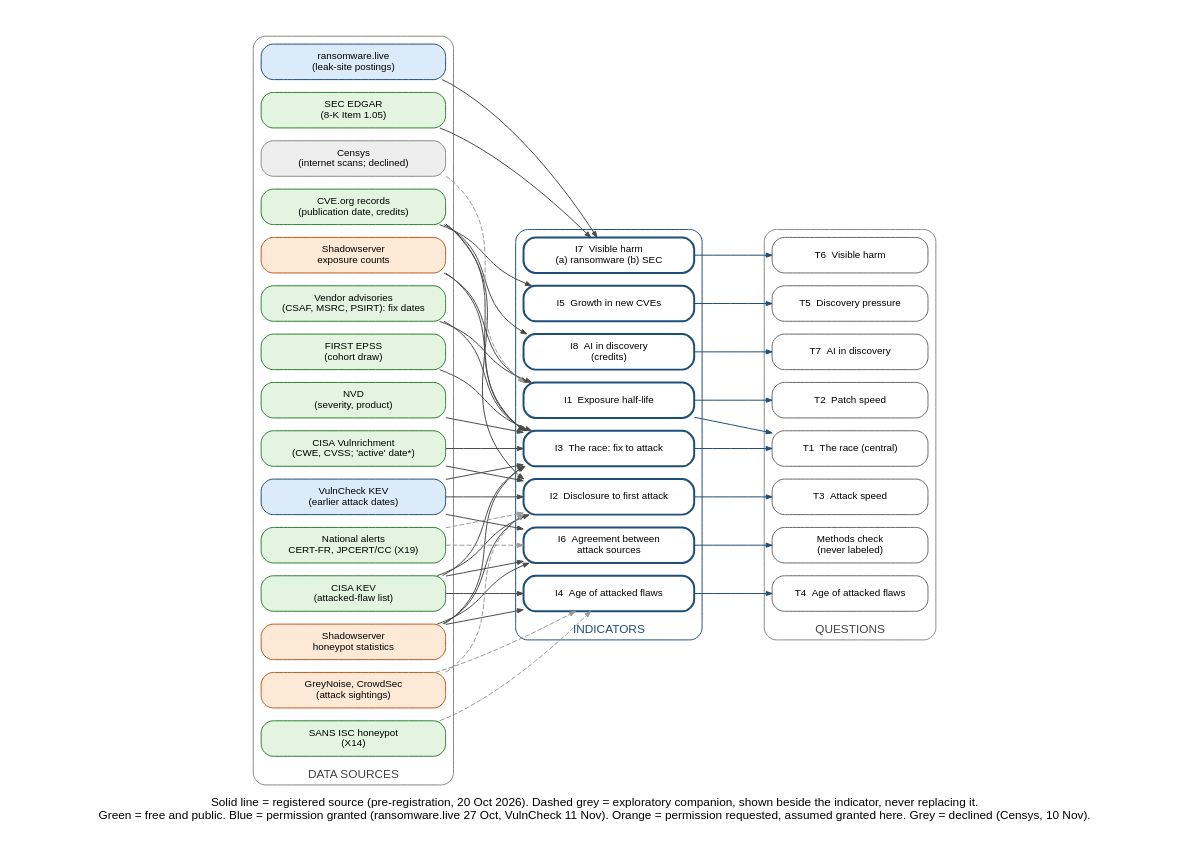
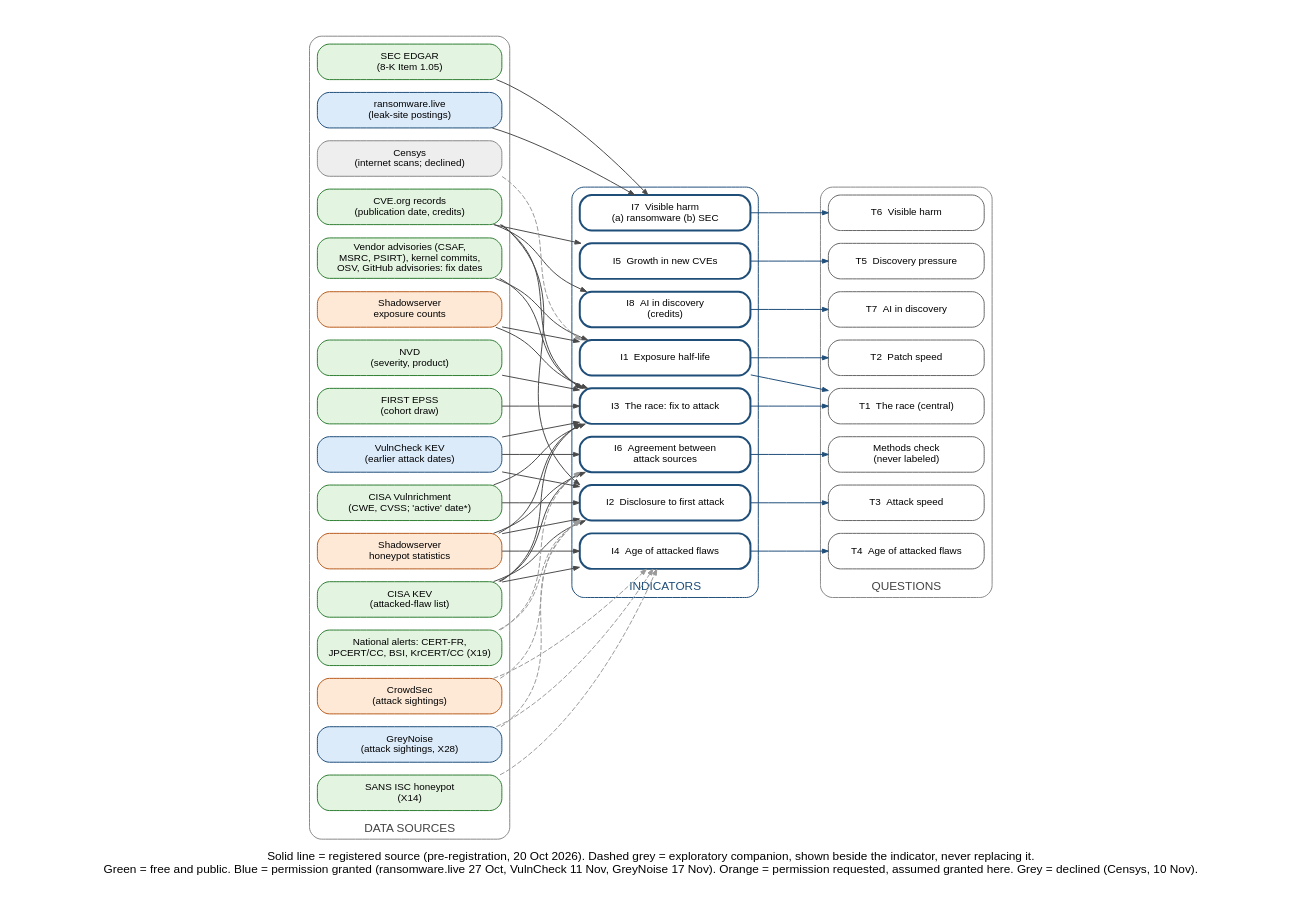
One commit to pagagne/internet-security-snapshot changed the diagram in docs/diagrams/indicator_sources.dot. Above: the diagram before and after it, drawn with Graphviz. The commit also changed 9 other files, not shown here.

First line of the commit message:
Diagrams brought up to date: architecture (APNIC, GreyNoise, row-count hold, report pages, website), workflows, indicator sources, build plan; data-flow text; all re-stamped

```diff
--- a/docs/diagrams/indicator_sources.dot
+++ b/docs/diagrams/indicator_sources.dot
@@ -1,71 +1,72 @@
 // Indicators I1-I8 and the data that feeds them, assuming every permission request is granted
 // (author's request, 29 Oct 2026). Registered sources: prereg/PREREGISTRATION.md sections 6 and 8.
 // Render: dot -Tpng -Gdpi=150 docs/diagrams/indicator_sources.dot -o docs/diagrams/indicator_sources.png
 digraph indicators {
   graph [rankdir=LR, fontname="Helvetica", fontsize=12, nodesep=0.18, ranksep=1.1, pad=0.3, newrank=true,
-         label="Solid line = registered source (pre-registration, 20 Oct 2026). Dashed grey = exploratory companion, shown beside the indicator, never replacing it.\nGreen = free and public. Blue = permission granted (ransomware.live 27 Oct, VulnCheck 11 Nov). Orange = permission requested, assumed granted here. Grey = declined (Censys, 10 Nov).",
+         label="Solid line = registered source (pre-registration, 20 Oct 2026). Dashed grey = exploratory companion, shown beside the indicator, never replacing it.\nGreen = free and public. Blue = permission granted (ransomware.live 27 Oct, VulnCheck 11 Nov, GreyNoise 17 Nov). Orange = permission requested, assumed granted here. Grey = declined (Censys, 10 Nov).",
          labelloc=b];
   node  [fontname="Helvetica", fontsize=10, shape=box, style="rounded,filled", width=2.6];
   edge  [color="#4a4a4a", arrowsize=0.6];
 
   subgraph cluster_src {
     label="DATA SOURCES"; style="rounded"; color="#888888"; fontcolor="#444444";
     cve   [label="CVE.org records\n(publication date, credits)", fillcolor="#e3f4e1", color="#2e7d32"];
     kev   [label="CISA KEV\n(attacked-flaw list)", fillcolor="#e3f4e1", color="#2e7d32"];
     vrich [label="CISA Vulnrichment\n(CWE, CVSS; 'active' date*)", fillcolor="#e3f4e1", color="#2e7d32"];
     nvd   [label="NVD\n(severity, product)", fillcolor="#e3f4e1", color="#2e7d32"];
     epss  [label="FIRST EPSS\n(cohort draw)", fillcolor="#e3f4e1", color="#2e7d32"];
-    vend  [label="Vendor advisories\n(CSAF, MSRC, PSIRT): fix dates", fillcolor="#e3f4e1", color="#2e7d32"];
+    vend  [label="Vendor advisories (CSAF,\nMSRC, PSIRT), kernel commits,\nOSV, GitHub advisories: fix dates", fillcolor="#e3f4e1", color="#2e7d32"];
     sec   [label="SEC EDGAR\n(8-K Item 1.05)", fillcolor="#e3f4e1", color="#2e7d32"];
     rlive [label="ransomware.live\n(leak-site postings)", fillcolor="#dcebfa", color="#1f4e79"];
     vchk  [label="VulnCheck KEV\n(earlier attack dates)", fillcolor="#dcebfa", color="#1f4e79"];
     ssexp [label="Shadowserver\nexposure counts", fillcolor="#fde9d6", color="#b85c1e"];
     sshp  [label="Shadowserver\nhoneypot statistics", fillcolor="#fde9d6", color="#b85c1e"];
     cens  [label="Censys\n(internet scans; declined)", fillcolor="#eeeeee", color="#888888"];
-    gncs  [label="GreyNoise, CrowdSec\n(attack sightings)", fillcolor="#fde9d6", color="#b85c1e"];
+    gn    [label="GreyNoise\n(attack sightings, X28)", fillcolor="#dcebfa", color="#1f4e79"];
+    crowd [label="CrowdSec\n(attack sightings)", fillcolor="#fde9d6", color="#b85c1e"];
     isc   [label="SANS ISC honeypot\n(X14)", fillcolor="#e3f4e1", color="#2e7d32"];
-    natl  [label="National alerts\nCERT-FR, JPCERT/CC (X19)", fillcolor="#e3f4e1", color="#2e7d32"];
+    natl  [label="National alerts: CERT-FR,\nJPCERT/CC, BSI, KrCERT/CC (X19)", fillcolor="#e3f4e1", color="#2e7d32"];
   }
 
   subgraph cluster_ind {
     label="INDICATORS"; style="rounded"; color="#1f4e79"; fontcolor="#1f4e79";
     node [fillcolor="#ffffff", color="#1f4e79", penwidth=2, width=2.4];
     I1 [label="I1  Exposure half-life"];
     I2 [label="I2  Disclosure to first attack"];
     I3 [label="I3  The race: fix to attack"];
     I4 [label="I4  Age of attacked flaws"];
     I5 [label="I5  Growth in new CVEs"];
     I6 [label="I6  Agreement between\nattack sources"];
     I7 [label="I7  Visible harm\n(a) ransomware (b) SEC"];
     I8 [label="I8  AI in discovery\n(credits)"];
   }
 
   subgraph cluster_q {
     label="QUESTIONS"; style="rounded"; color="#888888"; fontcolor="#444444";
     node [shape=box, style="rounded", color="#666666", width=2.2];
     T1 [label="T1  The race (central)"];
     T2 [label="T2  Patch speed"];
     T3 [label="T3  Attack speed"];
     T4 [label="T4  Age of attacked flaws"];
     T5 [label="T5  Discovery pressure"];
     T6 [label="T6  Visible harm"];
     T7 [label="T7  AI in discovery"];
     M  [label="Methods check\n(never labeled)"];
   }
 
   // registered feeds
   cve -> {I2 I3 I5 I8};
   kev -> {I2 I3 I4 I6};
   vrich -> {I2 I3};
   {nvd epss} -> I3;
   vend -> {I1 I3};
   vchk -> {I2 I3 I6};
   ssexp -> {I1 I3};
   sshp -> {I2 I3 I4 I6};
   rlive -> I7; sec -> I7;
   // exploratory companions
   edge [style=dashed, color="#9a9a9a"];
-  cens -> I1; gncs -> {I2 I4}; isc -> I4; natl -> {I2 I6};
+  cens -> I1; gn -> {I2 I4}; crowd -> {I2 I4}; isc -> I4; natl -> {I2 I6};
   edge [style=solid, color="#1f4e79"];
   I1 -> {T2 T1}; I2 -> T3; I3 -> T1; I4 -> T4; I5 -> T5; I6 -> M; I7 -> T6; I8 -> T7;
 }
```
